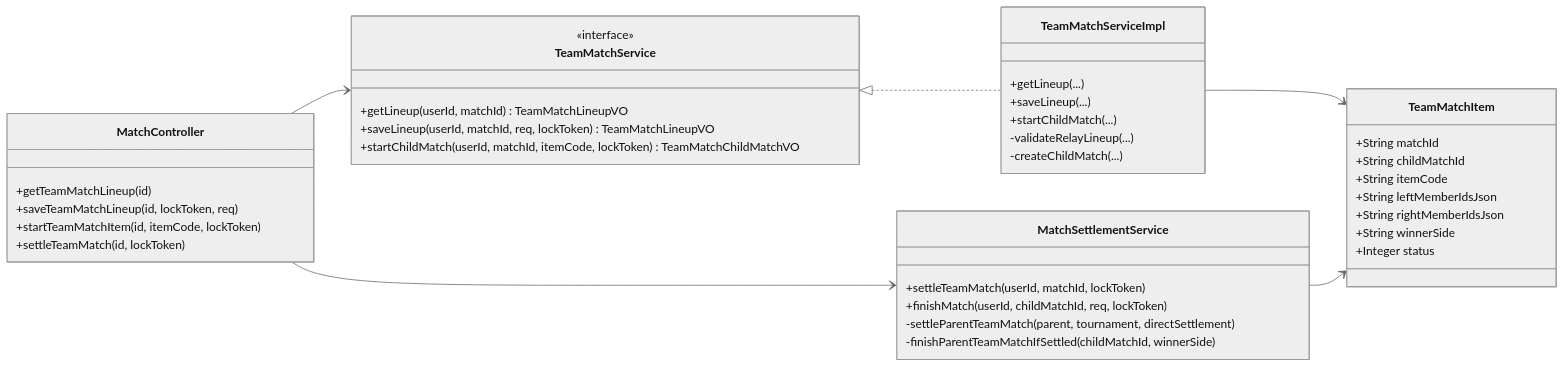
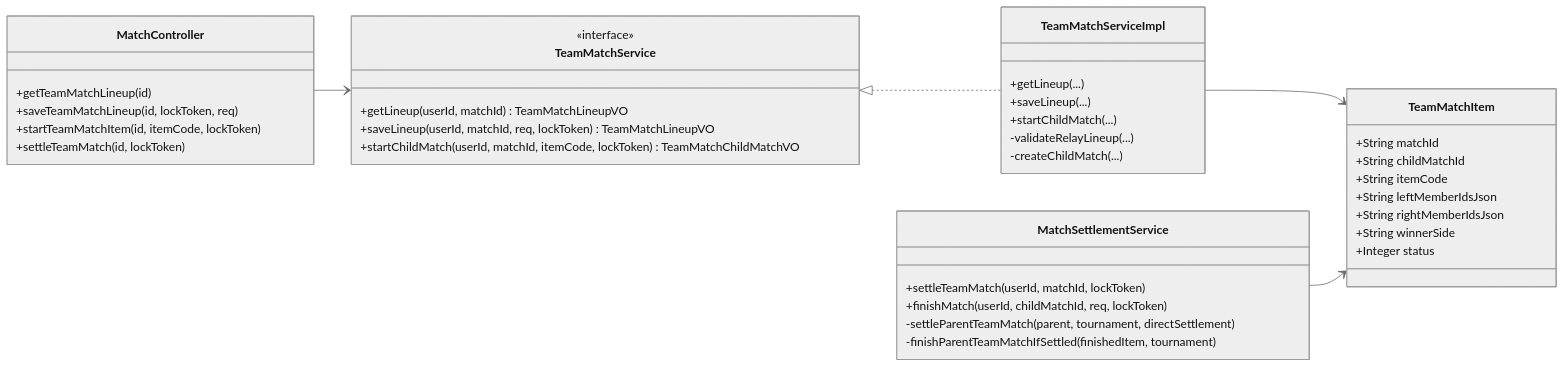
One commit to lijingyuu/Scoring changed the sixth of 10 diagrams in docs/类图.md. Above: the diagram before and after it, drawn with Mermaid (neutral theme). The commit also changed other lines of this file and 13 other files, not shown here.

First line of the commit message:
docs: 文档全量同步当前版本（限流/错误码/分段规则/撤销补偿/新类视图）

````diff
--- a/docs/类图.md
+++ b/docs/类图.md
@@ -569,49 +596,48 @@
 ```mermaid
 classDiagram
 direction LR
 
 class MatchController {
   +getTeamMatchLineup(id)
   +saveTeamMatchLineup(id, lockToken, req)
   +startTeamMatchItem(id, itemCode, lockToken)
   +settleTeamMatch(id, lockToken)
 }
 
 class TeamMatchService {
   <<interface>>
   +getLineup(userId, matchId) TeamMatchLineupVO
   +saveLineup(userId, matchId, req, lockToken) TeamMatchLineupVO
   +startChildMatch(userId, matchId, itemCode, lockToken) TeamMatchChildMatchVO
 }
 
 class TeamMatchServiceImpl {
   +getLineup(...)
   +saveLineup(...)
   +startChildMatch(...)
   -validateRelayLineup(...)
   -createChildMatch(...)
 }
 
 class MatchSettlementService {
   +settleTeamMatch(userId, matchId, lockToken)
   +finishMatch(userId, childMatchId, req, lockToken)
   -settleParentTeamMatch(parent, tournament, directSettlement)
-  -finishParentTeamMatchIfSettled(childMatchId, winnerSide)
+  -finishParentTeamMatchIfSettled(finishedItem, tournament)
 }
 
 class TeamMatchItem {
   +String matchId
   +String childMatchId
   +String itemCode
   +String leftMemberIdsJson
   +String rightMemberIdsJson
   +String winnerSide
   +Integer status
 }
 
 MatchController --> TeamMatchService
-MatchController --> MatchSettlementService
 TeamMatchService <|.. TeamMatchServiceImpl
 TeamMatchServiceImpl --> TeamMatchItem
 MatchSettlementService --> TeamMatchItem
 ```
````
